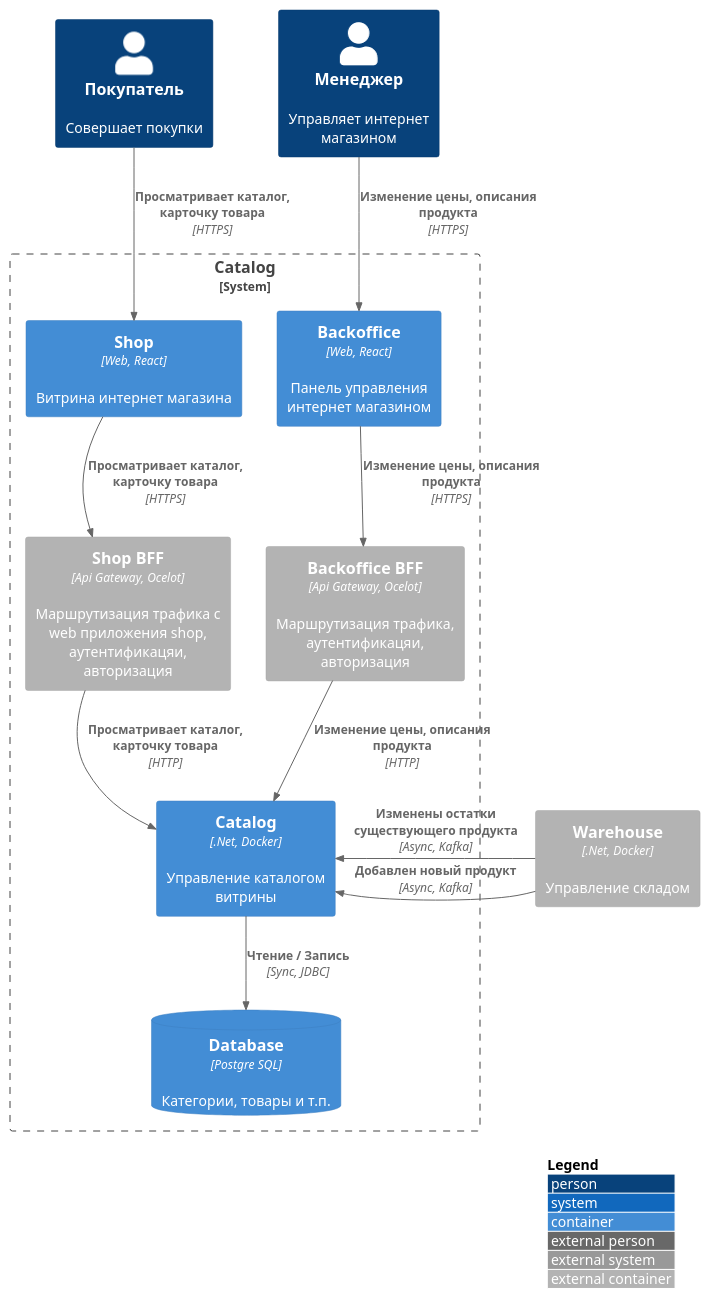
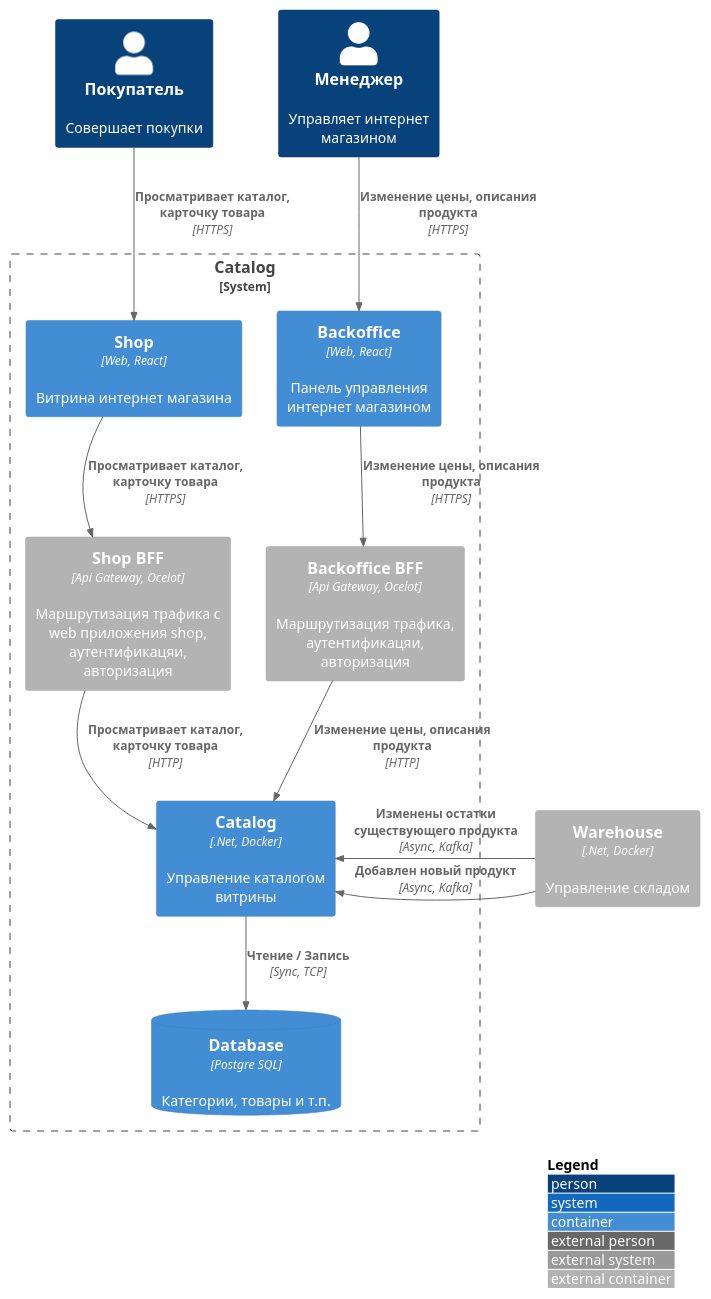
One commit to gerzhan/knigaexpert-system-design changed the first of 2 diagrams in services/catalog/README.md. Above: the diagram before and after it, drawn with PlantUML. The commit also changed 6 other files, not shown here.

````diff
--- a/services/catalog/README.md
+++ b/services/catalog/README.md
@@ -8,38 +8,38 @@
 ```plantuml
 !include https://raw.githubusercontent.com/plantuml-stdlib/C4-PlantUML/master/C4_Container.puml
 
 skinparam wrapWidth 200
 skinparam maxMessageSize 200
 
 LAYOUT_TOP_DOWN()
 LAYOUT_WITH_LEGEND()
 
 Person(customer, Покупатель, "Совершает покупки")
 Person(manager, Менеджер, "Управляет интернет магазином")
 
 Container_Ext(warehouse, "Warehouse", ".Net, Docker", "Управление складом")
 
 System_Boundary(boundary, "Catalog") {
 ' Shop
 Container(shop_app, "Shop", "Web, React", "Витрина интернет магазина")
 Container_Ext(shop_bff, "Shop BFF", "Api Gateway, Ocelot", "Маршрутизация трафика c web приложения shop, аутентификацяи, авторизация")
 Rel(shop_app, shop_bff, "Просматривает каталог, карточку товара", "HTTPS")
 Rel(customer, shop_app, "Просматривает каталог, карточку товара", "HTTPS")
 
 ' Backoffice
 Container(backoffice_app, "Backoffice", "Web, React", "Панель управления интернет магазином")  
 Container_Ext(backoffice_bff, "Backoffice BFF", "Api Gateway, Ocelot", "Маршрутизация трафика, аутентификацяи, авторизация")
 Rel(backoffice_app, backoffice_bff, "Изменение цены, описания продукта", "HTTPS")
 Rel(manager, backoffice_app, "Изменение цены, описания продукта", "HTTPS")
 
 
 Container(catalog, "Catalog", ".Net, Docker", "Управление каталогом витрины")
 ContainerDb(catalog_db, "Database", "Postgre SQL", "Категории, товары и т.п.")
-Rel(catalog, catalog_db, "Чтение / Запись", "Sync, JDBC")
+Rel(catalog, catalog_db, "Чтение / Запись", "Sync, TCP")
 Rel_L(warehouse, catalog, "Добавлен новый продукт", "Async, Kafka")
 Rel_L(warehouse, catalog, "Изменены остатки существующего продукта", "Async, Kafka")
 Rel(shop_bff, catalog, "Просматривает каталог, карточку товара", "HTTP")
 Rel(backoffice_bff, catalog, "Изменение цены, описания продукта", "HTTP")
 }
 
 ```
````
